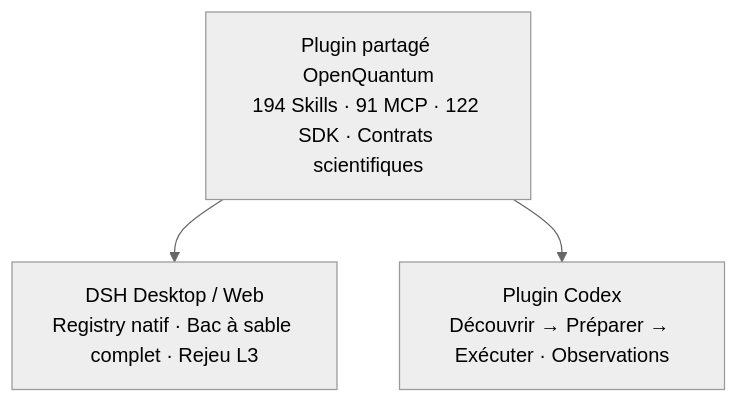
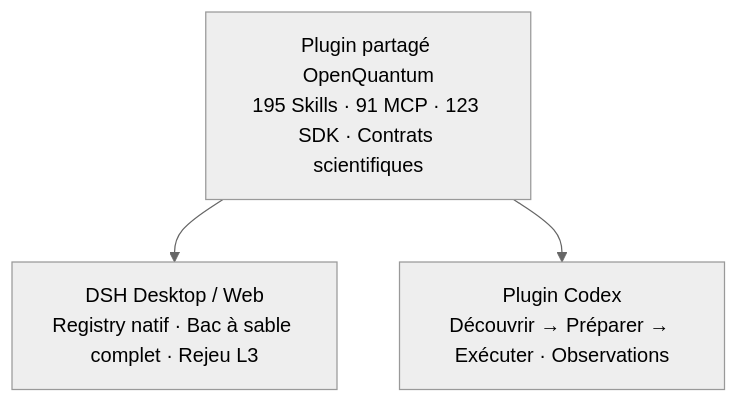
The diagram in docs/readme/README.fr.md (xi-zhao/OpenQuantum), drawn with Mermaid (neutral theme) before and after one commit. The commit also changed other lines of this file and 23 other files, not shown here.

````diff
--- a/docs/readme/README.fr.md
+++ b/docs/readme/README.fr.md
@@ -201,6 +202,6 @@
 ```mermaid
 flowchart TB
-  Shared["Plugin partagé OpenQuantum<br/>194 Skills · 91 MCP · 122 SDK · Contrats scientifiques"]
+  Shared["Plugin partagé OpenQuantum<br/>195 Skills · 91 MCP · 123 SDK · Contrats scientifiques"]
   Shared --> DSH["DSH Desktop / Web<br/>Registry natif · Bac à sable complet · Rejeu L3"]
   Shared --> CDX["Plugin Codex<br/>Découvrir → Préparer → Exécuter · Observations"]
 ```
````
